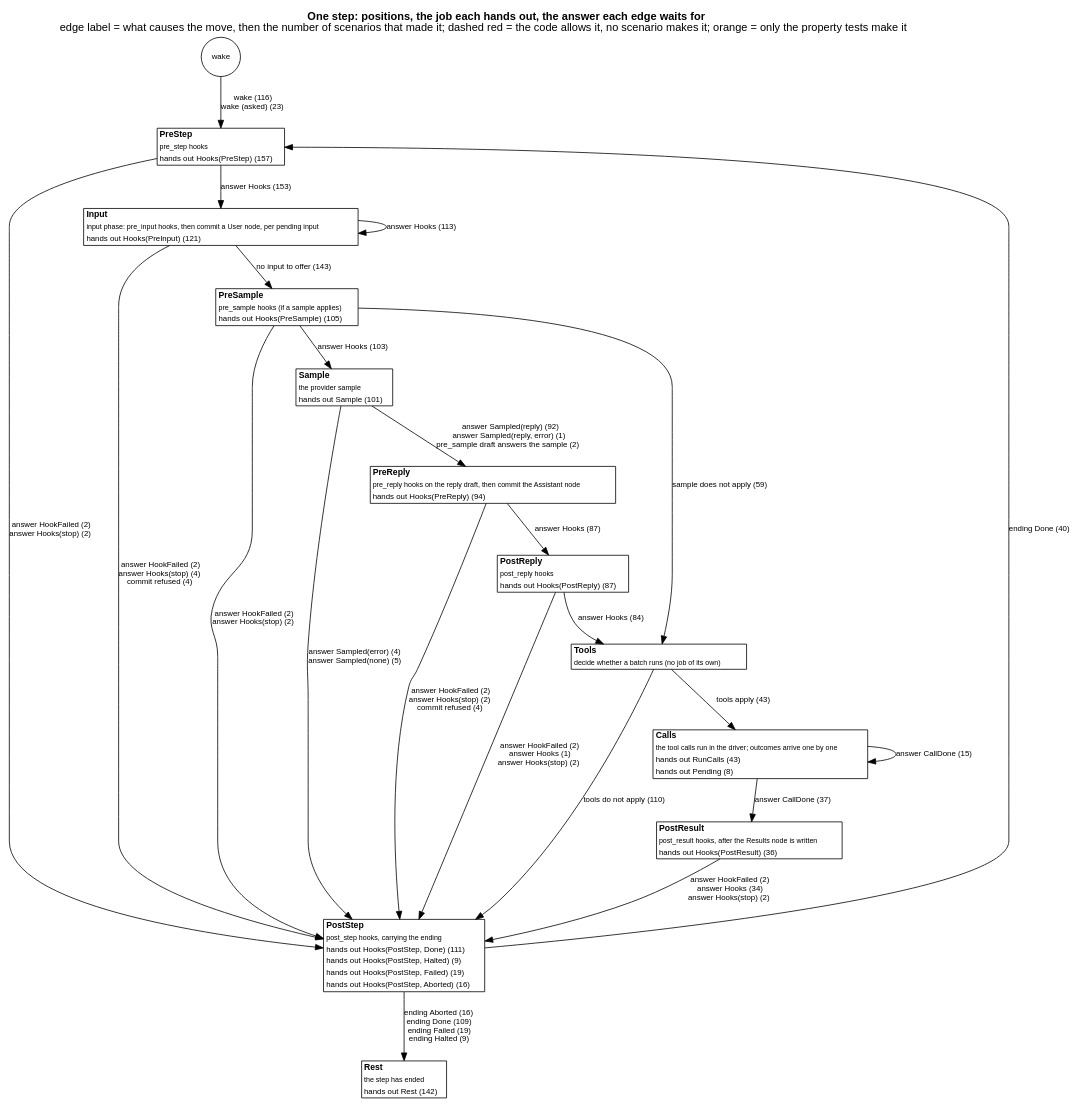
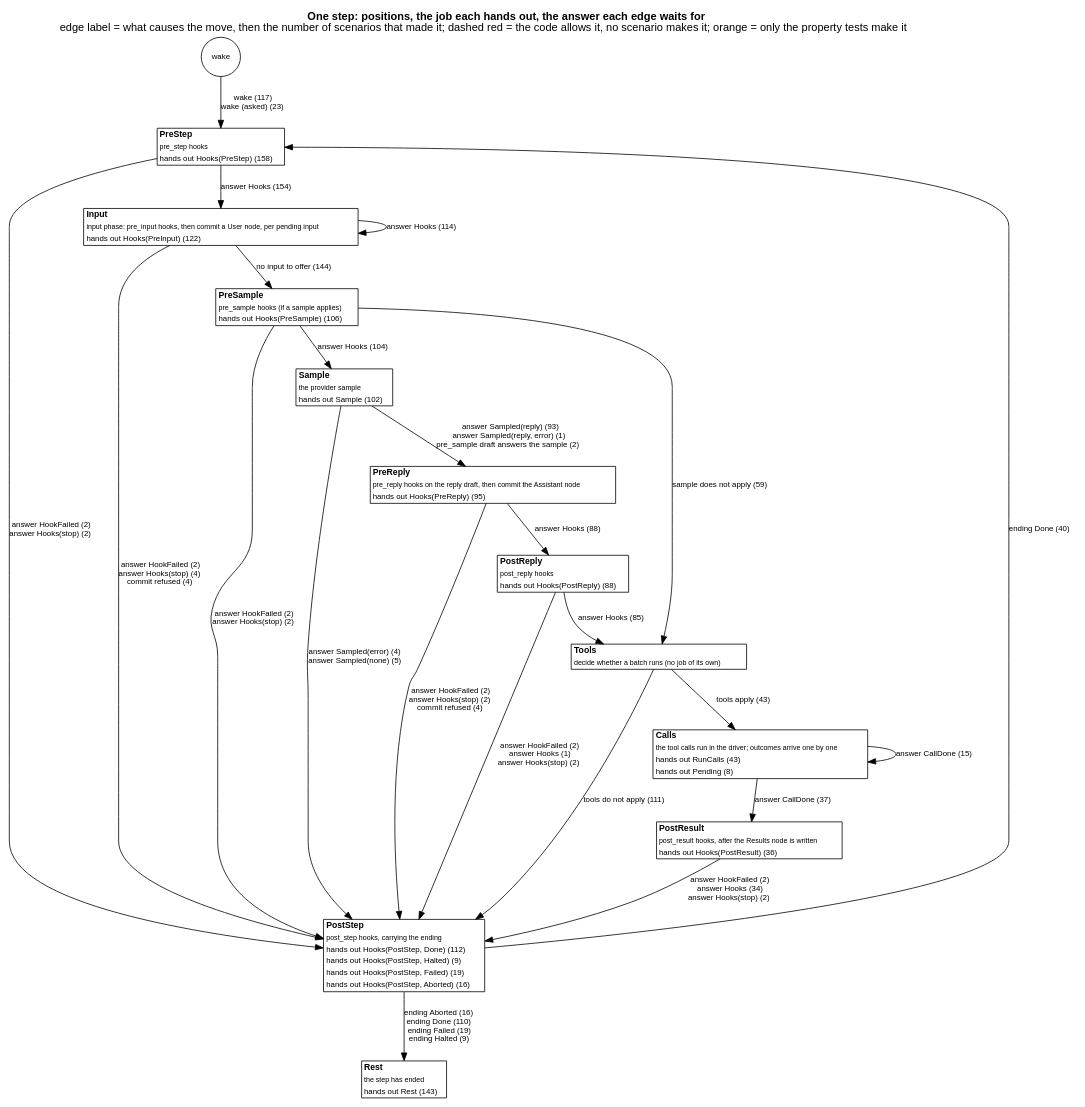
One commit to jmccardle/tau changed the diagram in docs/as-built/diagrams/step-positions.dot. Above: the diagram before and after it, drawn with Graphviz. The commit also changed 24 other files, not shown here.

```diff
--- a/docs/as-built/diagrams/step-positions.dot
+++ b/docs/as-built/diagrams/step-positions.dot
@@ -1,40 +1,40 @@
 // Generated by scripts/diagrams.sh from the test suites' transitions. Do not edit.
 digraph step_positions {
   graph [rankdir=TB, fontname="Helvetica", nodesep=0.5, ranksep=0.6, labelloc=t, label=<<b>One step: positions, the job each hands out, the answer each edge waits for</b><br/>edge label = what causes the move, then the number of scenarios that made it; dashed red = the code allows it, no scenario makes it; orange = only the property tests make it>];
   node [shape=plain, fontname="Helvetica", fontsize=11];
   edge [fontname="Helvetica", fontsize=10];
   "(wake)" [shape=circle, label="wake", fontsize=10];
-  "PreStep" [label=<<table border="1" cellborder="0" cellspacing="0" bgcolor="white"><tr><td align="left"><b>PreStep</b></td></tr><tr><td align="left"><font point-size="9">pre_step hooks</font></td></tr><tr><td align="left"><font color="black" point-size="10">hands out Hooks(PreStep) (157)</font></td></tr></table>>];
-  "Input" [label=<<table border="1" cellborder="0" cellspacing="0" bgcolor="white"><tr><td align="left"><b>Input</b></td></tr><tr><td align="left"><font point-size="9">input phase: pre_input hooks, then commit a User node, per pending input</font></td></tr><tr><td align="left"><font color="black" point-size="10">hands out Hooks(PreInput) (121)</font></td></tr></table>>];
-  "PreSample" [label=<<table border="1" cellborder="0" cellspacing="0" bgcolor="white"><tr><td align="left"><b>PreSample</b></td></tr><tr><td align="left"><font point-size="9">pre_sample hooks (if a sample applies)</font></td></tr><tr><td align="left"><font color="black" point-size="10">hands out Hooks(PreSample) (105)</font></td></tr></table>>];
-  "Sample" [label=<<table border="1" cellborder="0" cellspacing="0" bgcolor="white"><tr><td align="left"><b>Sample</b></td></tr><tr><td align="left"><font point-size="9">the provider sample</font></td></tr><tr><td align="left"><font color="black" point-size="10">hands out Sample (101)</font></td></tr></table>>];
-  "PreReply" [label=<<table border="1" cellborder="0" cellspacing="0" bgcolor="white"><tr><td align="left"><b>PreReply</b></td></tr><tr><td align="left"><font point-size="9">pre_reply hooks on the reply draft, then commit the Assistant node</font></td></tr><tr><td align="left"><font color="black" point-size="10">hands out Hooks(PreReply) (94)</font></td></tr></table>>];
-  "PostReply" [label=<<table border="1" cellborder="0" cellspacing="0" bgcolor="white"><tr><td align="left"><b>PostReply</b></td></tr><tr><td align="left"><font point-size="9">post_reply hooks</font></td></tr><tr><td align="left"><font color="black" point-size="10">hands out Hooks(PostReply) (87)</font></td></tr></table>>];
+  "PreStep" [label=<<table border="1" cellborder="0" cellspacing="0" bgcolor="white"><tr><td align="left"><b>PreStep</b></td></tr><tr><td align="left"><font point-size="9">pre_step hooks</font></td></tr><tr><td align="left"><font color="black" point-size="10">hands out Hooks(PreStep) (158)</font></td></tr></table>>];
+  "Input" [label=<<table border="1" cellborder="0" cellspacing="0" bgcolor="white"><tr><td align="left"><b>Input</b></td></tr><tr><td align="left"><font point-size="9">input phase: pre_input hooks, then commit a User node, per pending input</font></td></tr><tr><td align="left"><font color="black" point-size="10">hands out Hooks(PreInput) (122)</font></td></tr></table>>];
+  "PreSample" [label=<<table border="1" cellborder="0" cellspacing="0" bgcolor="white"><tr><td align="left"><b>PreSample</b></td></tr><tr><td align="left"><font point-size="9">pre_sample hooks (if a sample applies)</font></td></tr><tr><td align="left"><font color="black" point-size="10">hands out Hooks(PreSample) (106)</font></td></tr></table>>];
+  "Sample" [label=<<table border="1" cellborder="0" cellspacing="0" bgcolor="white"><tr><td align="left"><b>Sample</b></td></tr><tr><td align="left"><font point-size="9">the provider sample</font></td></tr><tr><td align="left"><font color="black" point-size="10">hands out Sample (102)</font></td></tr></table>>];
+  "PreReply" [label=<<table border="1" cellborder="0" cellspacing="0" bgcolor="white"><tr><td align="left"><b>PreReply</b></td></tr><tr><td align="left"><font point-size="9">pre_reply hooks on the reply draft, then commit the Assistant node</font></td></tr><tr><td align="left"><font color="black" point-size="10">hands out Hooks(PreReply) (95)</font></td></tr></table>>];
+  "PostReply" [label=<<table border="1" cellborder="0" cellspacing="0" bgcolor="white"><tr><td align="left"><b>PostReply</b></td></tr><tr><td align="left"><font point-size="9">post_reply hooks</font></td></tr><tr><td align="left"><font color="black" point-size="10">hands out Hooks(PostReply) (88)</font></td></tr></table>>];
   "Tools" [label=<<table border="1" cellborder="0" cellspacing="0" bgcolor="white"><tr><td align="left"><b>Tools</b></td></tr><tr><td align="left"><font point-size="9">decide whether a batch runs (no job of its own)</font></td></tr></table>>];
   "Calls" [label=<<table border="1" cellborder="0" cellspacing="0" bgcolor="white"><tr><td align="left"><b>Calls</b></td></tr><tr><td align="left"><font point-size="9">the tool calls run in the driver; outcomes arrive one by one</font></td></tr><tr><td align="left"><font color="black" point-size="10">hands out RunCalls (43)</font></td></tr><tr><td align="left"><font color="black" point-size="10">hands out Pending (8)</font></td></tr></table>>];
   "PostResult" [label=<<table border="1" cellborder="0" cellspacing="0" bgcolor="white"><tr><td align="left"><b>PostResult</b></td></tr><tr><td align="left"><font point-size="9">post_result hooks, after the Results node is written</font></td></tr><tr><td align="left"><font color="black" point-size="10">hands out Hooks(PostResult) (36)</font></td></tr></table>>];
-  "PostStep" [label=<<table border="1" cellborder="0" cellspacing="0" bgcolor="white"><tr><td align="left"><b>PostStep</b></td></tr><tr><td align="left"><font point-size="9">post_step hooks, carrying the ending</font></td></tr><tr><td align="left"><font color="black" point-size="10">hands out Hooks(PostStep, Done) (111)</font></td></tr><tr><td align="left"><font color="black" point-size="10">hands out Hooks(PostStep, Halted) (9)</font></td></tr><tr><td align="left"><font color="black" point-size="10">hands out Hooks(PostStep, Failed) (19)</font></td></tr><tr><td align="left"><font color="black" point-size="10">hands out Hooks(PostStep, Aborted) (16)</font></td></tr></table>>];
-  "Rest" [label=<<table border="1" cellborder="0" cellspacing="0" bgcolor="white"><tr><td align="left"><b>Rest</b></td></tr><tr><td align="left"><font point-size="9">the step has ended</font></td></tr><tr><td align="left"><font color="black" point-size="10">hands out Rest (142)</font></td></tr></table>>];
-  "(wake)" -> "PreStep" [label=<wake (116)<br/>wake (asked) (23)>, color="black", style=solid];
+  "PostStep" [label=<<table border="1" cellborder="0" cellspacing="0" bgcolor="white"><tr><td align="left"><b>PostStep</b></td></tr><tr><td align="left"><font point-size="9">post_step hooks, carrying the ending</font></td></tr><tr><td align="left"><font color="black" point-size="10">hands out Hooks(PostStep, Done) (112)</font></td></tr><tr><td align="left"><font color="black" point-size="10">hands out Hooks(PostStep, Halted) (9)</font></td></tr><tr><td align="left"><font color="black" point-size="10">hands out Hooks(PostStep, Failed) (19)</font></td></tr><tr><td align="left"><font color="black" point-size="10">hands out Hooks(PostStep, Aborted) (16)</font></td></tr></table>>];
+  "Rest" [label=<<table border="1" cellborder="0" cellspacing="0" bgcolor="white"><tr><td align="left"><b>Rest</b></td></tr><tr><td align="left"><font point-size="9">the step has ended</font></td></tr><tr><td align="left"><font color="black" point-size="10">hands out Rest (143)</font></td></tr></table>>];
+  "(wake)" -> "PreStep" [label=<wake (117)<br/>wake (asked) (23)>, color="black", style=solid];
   "Calls" -> "Calls" [label=<answer CallDone (15)>, color="black", style=solid];
   "Calls" -> "PostResult" [label=<answer CallDone (37)>, color="black", style=solid];
-  "Input" -> "Input" [label=<answer Hooks (113)>, color="black", style=solid];
+  "Input" -> "Input" [label=<answer Hooks (114)>, color="black", style=solid];
   "Input" -> "PostStep" [label=<answer HookFailed (2)<br/>answer Hooks(stop) (4)<br/>commit refused (4)>, color="black", style=solid];
-  "Input" -> "PreSample" [label=<no input to offer (143)>, color="black", style=solid];
+  "Input" -> "PreSample" [label=<no input to offer (144)>, color="black", style=solid];
   "PostReply" -> "PostStep" [label=<answer HookFailed (2)<br/>answer Hooks (1)<br/>answer Hooks(stop) (2)>, color="black", style=solid];
-  "PostReply" -> "Tools" [label=<answer Hooks (84)>, color="black", style=solid];
+  "PostReply" -> "Tools" [label=<answer Hooks (85)>, color="black", style=solid];
   "PostResult" -> "PostStep" [label=<answer HookFailed (2)<br/>answer Hooks (34)<br/>answer Hooks(stop) (2)>, color="black", style=solid];
   "PostStep" -> "PreStep" [label=<ending Done (40)>, color="black", style=solid];
-  "PostStep" -> "Rest" [label=<ending Aborted (16)<br/>ending Done (109)<br/>ending Failed (19)<br/>ending Halted (9)>, color="black", style=solid];
-  "PreReply" -> "PostReply" [label=<answer Hooks (87)>, color="black", style=solid];
+  "PostStep" -> "Rest" [label=<ending Aborted (16)<br/>ending Done (110)<br/>ending Failed (19)<br/>ending Halted (9)>, color="black", style=solid];
+  "PreReply" -> "PostReply" [label=<answer Hooks (88)>, color="black", style=solid];
   "PreReply" -> "PostStep" [label=<answer HookFailed (2)<br/>answer Hooks(stop) (2)<br/>commit refused (4)>, color="black", style=solid];
   "PreSample" -> "PostStep" [label=<answer HookFailed (2)<br/>answer Hooks(stop) (2)>, color="black", style=solid];
-  "PreSample" -> "Sample" [label=<answer Hooks (103)>, color="black", style=solid];
+  "PreSample" -> "Sample" [label=<answer Hooks (104)>, color="black", style=solid];
   "PreSample" -> "Tools" [label=<sample does not apply (59)>, color="black", style=solid];
-  "PreStep" -> "Input" [label=<answer Hooks (153)>, color="black", style=solid];
+  "PreStep" -> "Input" [label=<answer Hooks (154)>, color="black", style=solid];
   "PreStep" -> "PostStep" [label=<answer HookFailed (2)<br/>answer Hooks(stop) (2)>, color="black", style=solid];
   "Sample" -> "PostStep" [label=<answer Sampled(error) (4)<br/>answer Sampled(none) (5)>, color="black", style=solid];
-  "Sample" -> "PreReply" [label=<answer Sampled(reply) (92)<br/>answer Sampled(reply, error) (1)<br/>pre_sample draft answers the sample (2)>, color="black", style=solid];
+  "Sample" -> "PreReply" [label=<answer Sampled(reply) (93)<br/>answer Sampled(reply, error) (1)<br/>pre_sample draft answers the sample (2)>, color="black", style=solid];
   "Tools" -> "Calls" [label=<tools apply (43)>, color="black", style=solid];
-  "Tools" -> "PostStep" [label=<tools do not apply (110)>, color="black", style=solid];
+  "Tools" -> "PostStep" [label=<tools do not apply (111)>, color="black", style=solid];
 }
```
